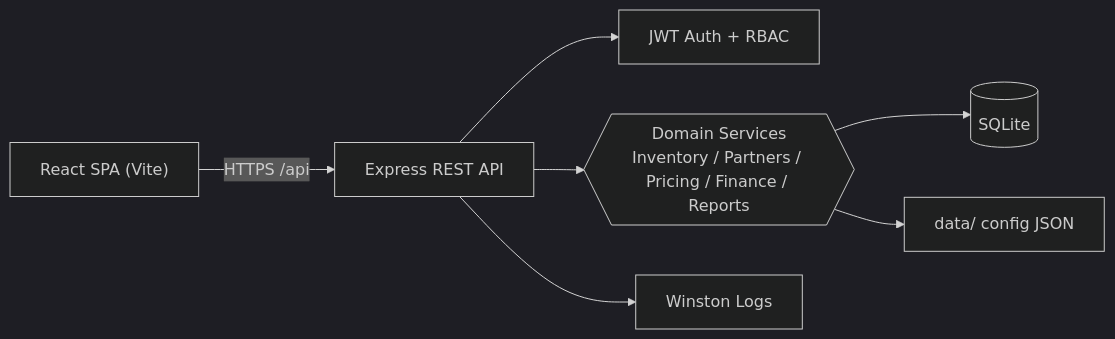
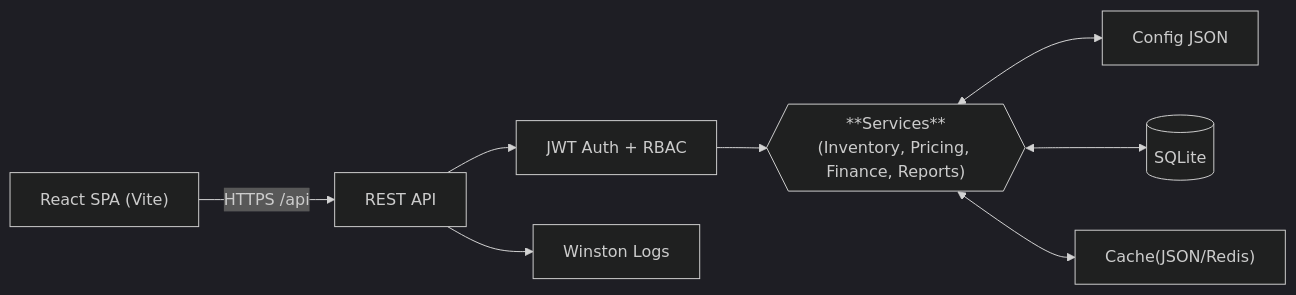
Before and after one commit to lihaozhe013/myf-tradeflow-core: the diagram in README.md, drawn with Mermaid (dark theme). The commit also changed other lines of this file, not shown here.

Commit message:
docs: refine diagrams and API details

````diff
--- a/README.md
+++ b/README.md
@@ -27,9 +27,10 @@
 ```mermaid
 flowchart LR
-  Frontend["React SPA (Vite)"] -->|HTTPS /api| API["Express REST API"]
+  Frontend["React SPA (Vite)"] -->|HTTPS /api| API["REST API"]
   API --> Auth["JWT Auth + RBAC"]
-  API --> Services{{"Domain Services<br/>Inventory / Partners / Pricing / Finance / Reports"}}
-  Services --> DB[("SQLite")]
-  Services --> Config["data/ config JSON"]
+  Auth --> Services{{"**Services**<br>(Inventory, Pricing, Finance, Reports)"}}
+  Services <--> Config["Config JSON"]
+  Services <--> DB[("SQLite")]
+  Services <--> Cache["Cache(JSON/Redis)"]
   API --> Logging["Winston Logs"]
 ```
````
